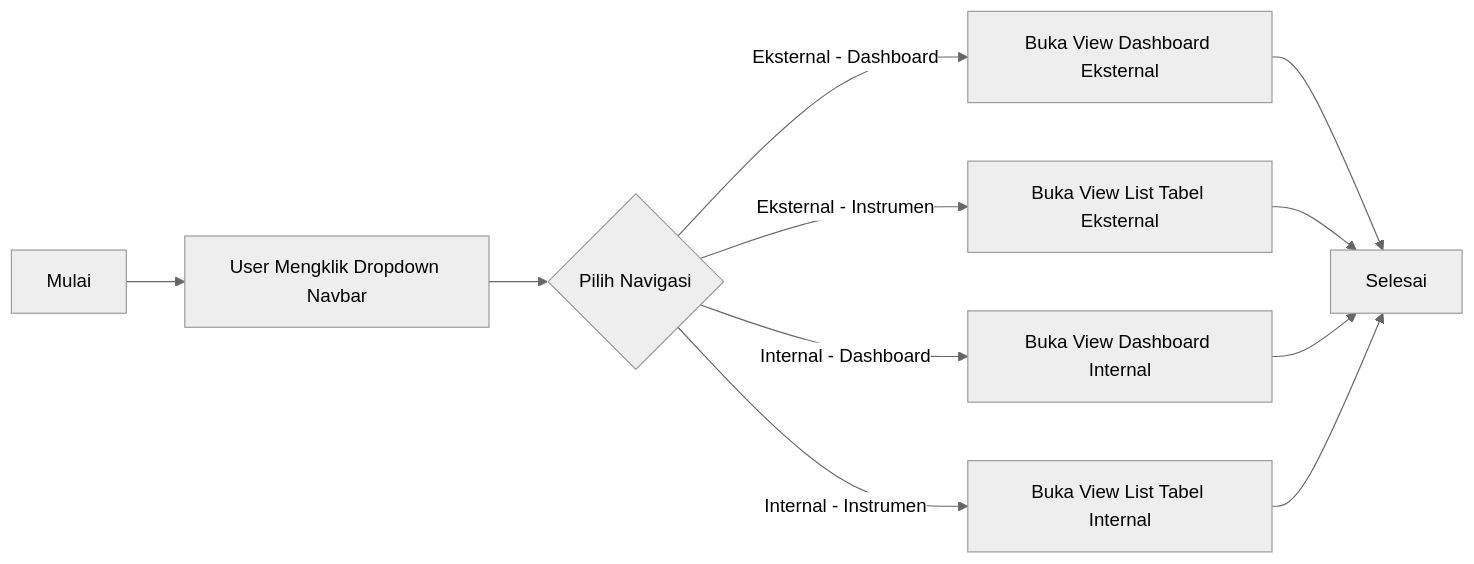
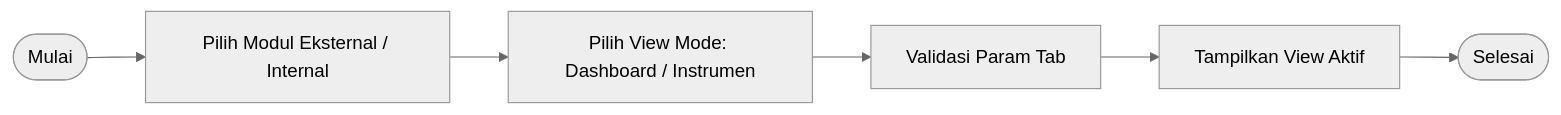
The second of 11 diagrams in bpm_blueprint_teknis.md (ebenlimbong/pmn-kalibrasi), drawn with Mermaid (neutral theme) before and after one commit. The commit also changed other lines of this file and 1 other file, not shown here.

Commit message:
docs: selaraskan format tabel rincian proses bisnis 100% persis dengan standar blueprint inalum

````diff
--- a/bpm_blueprint_teknis.md
+++ b/bpm_blueprint_teknis.md
@@ -82,10 +82,8 @@
 ```mermaid
 flowchart LR
-    A[Mulai] --> B[User Mengklik Dropdown Navbar]
-    B --> C{Pilih Navigasi}
-    C -->|Eksternal - Dashboard| D[Buka View Dashboard Eksternal]
-    C -->|Eksternal - Instrumen| E[Buka View List Tabel Eksternal]
-    C -->|Internal - Dashboard| F[Buka View Dashboard Internal]
-    C -->|Internal - Instrumen| G[Buka View List Tabel Internal]
-    D & E & F & G --> H[Selesai]
+    A([Mulai]) --> B[Pilih Modul Eksternal / Internal]
+    B --> C[Pilih View Mode: Dashboard / Instrumen]
+    C --> D[Validasi Param Tab]
+    D --> E[Tampilkan View Aktif]
+    E --> F([Selesai])
 ```
````
